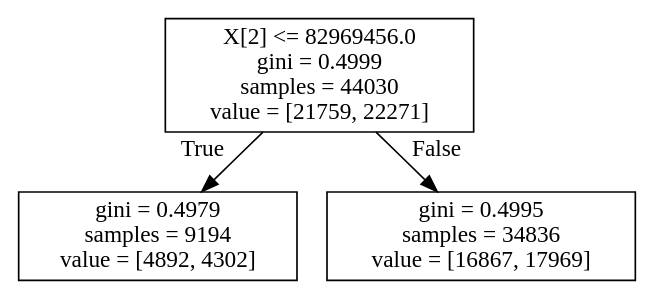
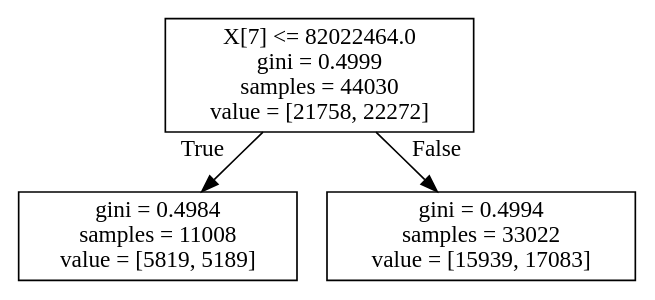
One commit to maupardh/Numerai changed the diagram in ClassificationTrees/singleClassifTreeWithDepth1.dot. Above: the diagram before and after it, drawn with Graphviz. The commit also changed 35 other files, not shown here.

```diff
--- a/ClassificationTrees/singleClassifTreeWithDepth1.dot
+++ b/ClassificationTrees/singleClassifTreeWithDepth1.dot
@@ -1,8 +1,8 @@
 digraph Tree {
 node [shape=box] ;
-0 [label="X[2] <= 82969456.0\ngini = 0.4999\nsamples = 44030\nvalue = [21759, 22271]"] ;
-1 [label="gini = 0.4979\nsamples = 9194\nvalue = [4892, 4302]"] ;
+0 [label="X[7] <= 82022464.0\ngini = 0.4999\nsamples = 44030\nvalue = [21758, 22272]"] ;
+1 [label="gini = 0.4984\nsamples = 11008\nvalue = [5819, 5189]"] ;
 0 -> 1 [labeldistance=2.5, labelangle=45, headlabel="True"] ;
-2 [label="gini = 0.4995\nsamples = 34836\nvalue = [16867, 17969]"] ;
+2 [label="gini = 0.4994\nsamples = 33022\nvalue = [15939, 17083]"] ;
 0 -> 2 [labeldistance=2.5, labelangle=-45, headlabel="False"] ;
 }
```
